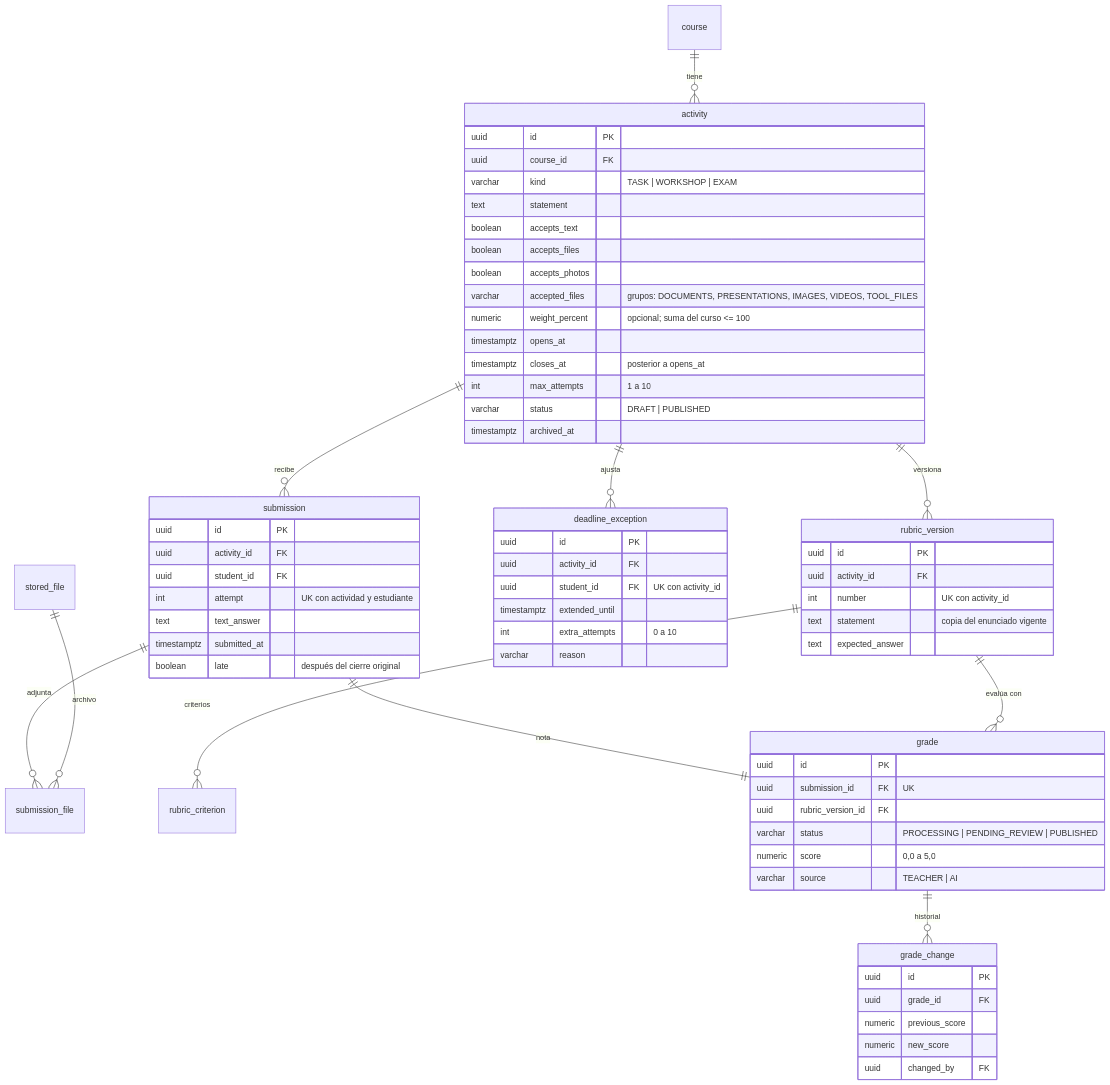
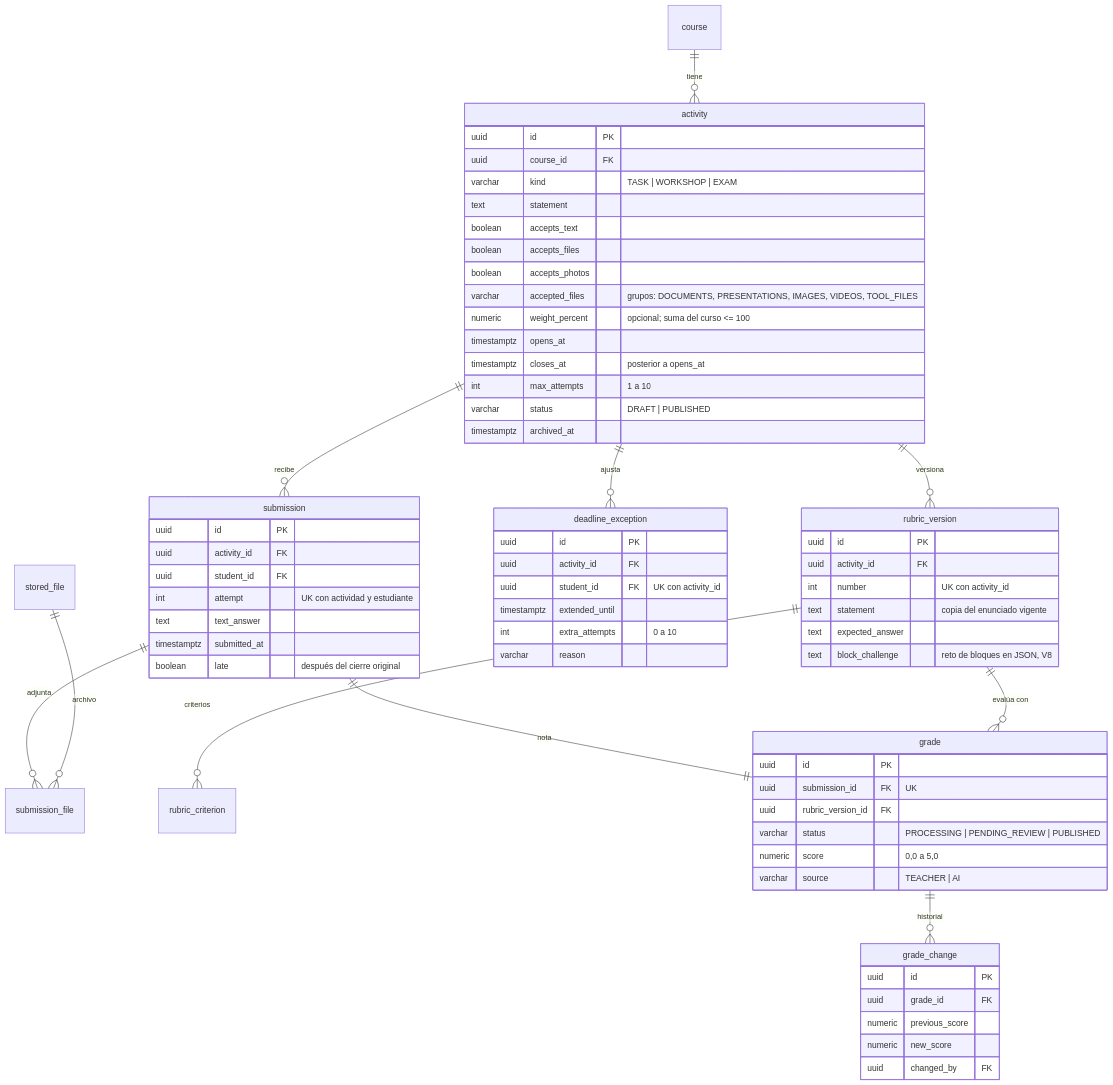
One commit to CarlosEscam/LogiCode-Up changed the third of 6 diagrams in docs/modelo-de-datos.md. Above: the diagram before and after it, drawn with Mermaid. The commit also changed other lines of this file and 33 other files, not shown here.

````diff
--- a/docs/modelo-de-datos.md
+++ b/docs/modelo-de-datos.md
@@ -157,69 +158,70 @@
 ```mermaid
 erDiagram
     course ||--o{ activity : "tiene"
     activity ||--o{ submission : "recibe"
     submission ||--o{ submission_file : "adjunta"
     stored_file ||--o{ submission_file : "archivo"
     activity ||--o{ deadline_exception : "ajusta"
     activity ||--o{ rubric_version : "versiona"
     rubric_version ||--o{ rubric_criterion : "criterios"
     submission ||--|| grade : "nota"
     rubric_version ||--o{ grade : "evalúa con"
     grade ||--o{ grade_change : "historial"
 
     activity {
         uuid id PK
         uuid course_id FK
         varchar kind "TASK | WORKSHOP | EXAM"
         text statement
         boolean accepts_text
         boolean accepts_files
         boolean accepts_photos
         varchar accepted_files "grupos: DOCUMENTS, PRESENTATIONS, IMAGES, VIDEOS, TOOL_FILES"
         numeric weight_percent "opcional; suma del curso <= 100"
         timestamptz opens_at
         timestamptz closes_at "posterior a opens_at"
         int max_attempts "1 a 10"
         varchar status "DRAFT | PUBLISHED"
         timestamptz archived_at
     }
     submission {
         uuid id PK
         uuid activity_id FK
         uuid student_id FK
         int attempt "UK con actividad y estudiante"
         text text_answer
         timestamptz submitted_at
         boolean late "después del cierre original"
     }
     deadline_exception {
         uuid id PK
         uuid activity_id FK
         uuid student_id FK "UK con activity_id"
         timestamptz extended_until
         int extra_attempts "0 a 10"
         varchar reason
     }
     rubric_version {
         uuid id PK
         uuid activity_id FK
         int number "UK con activity_id"
         text statement "copia del enunciado vigente"
         text expected_answer
+        text block_challenge "reto de bloques en JSON, V8"
     }
     grade {
         uuid id PK
         uuid submission_id FK "UK"
         uuid rubric_version_id FK
         varchar status "PROCESSING | PENDING_REVIEW | PUBLISHED"
         numeric score "0,0 a 5,0"
         varchar source "TEACHER | AI"
     }
     grade_change {
         uuid id PK
         uuid grade_id FK
         numeric previous_score
         numeric new_score
         uuid changed_by FK
     }
 ```
````
